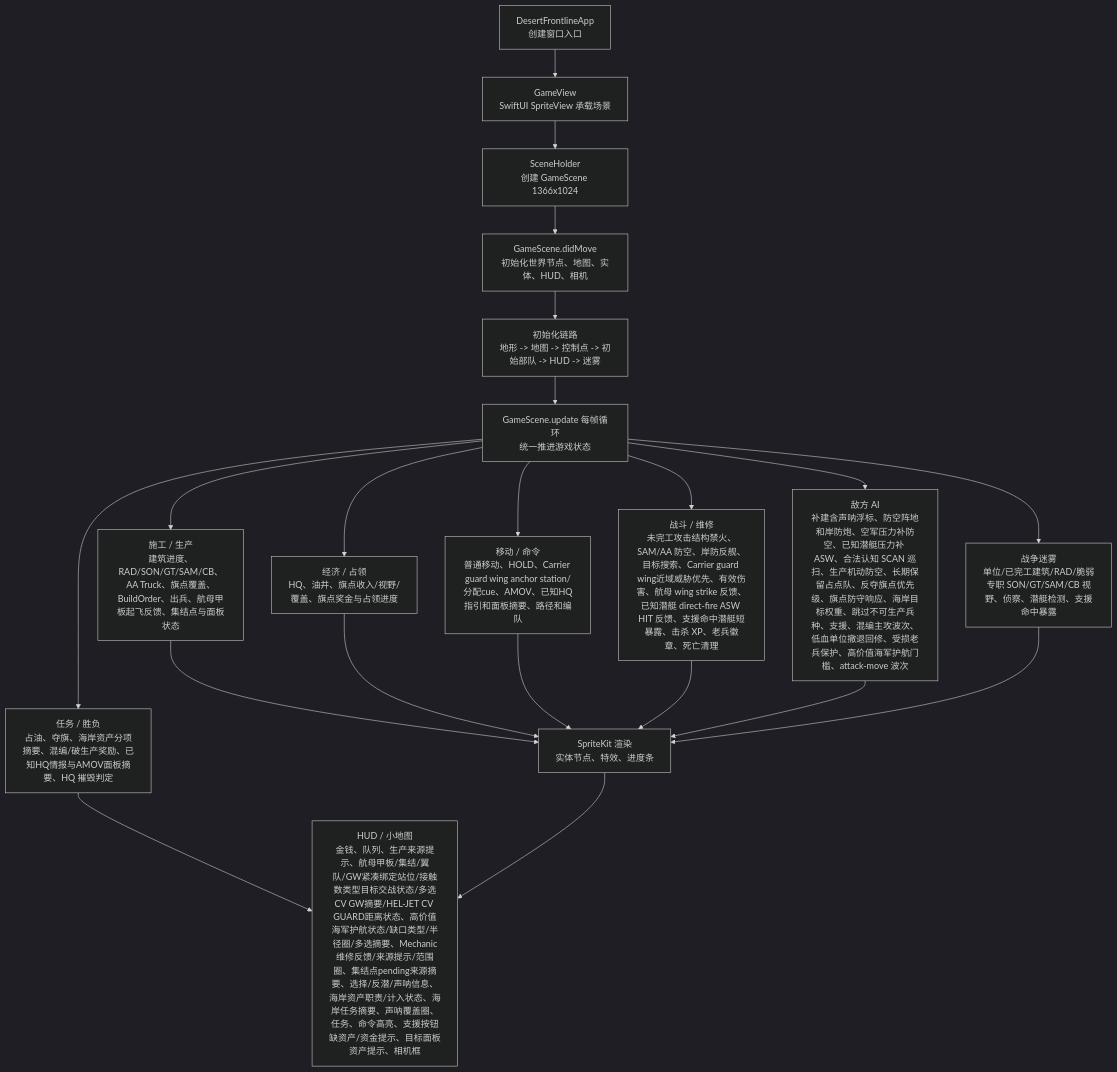
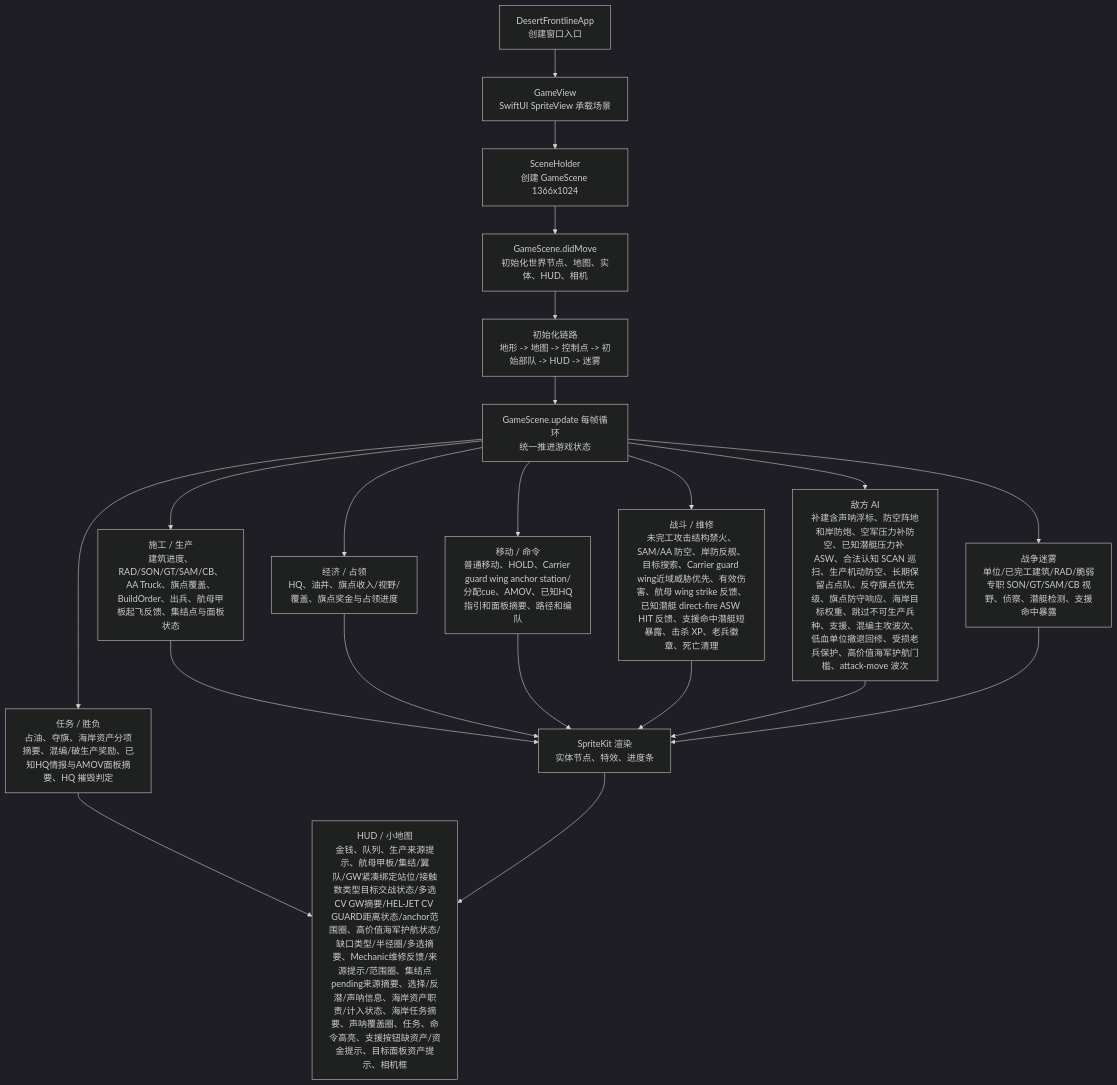
One commit to Altman-sam114/1145 changed the first of 3 diagrams in md/flow/flowchart.md. Above: the diagram before and after it, drawn with Mermaid (dark theme). The commit also changed 4 other files, not shown here.

````diff
--- a/md/flow/flowchart.md
+++ b/md/flow/flowchart.md
@@ -9,23 +9,23 @@
 ```mermaid
 flowchart TD
   App["DesertFrontlineApp\n创建窗口入口"] --> View["GameView\nSwiftUI SpriteView 承载场景"]
   View --> Holder["SceneHolder\n创建 GameScene 1366x1024"]
   Holder --> Scene["GameScene.didMove\n初始化世界节点、地图、实体、HUD、相机"]
   Scene --> Init["初始化链路\n地形 -> 地图 -> 控制点 -> 初始部队 -> HUD -> 迷雾"]
   Init --> Loop["GameScene.update 每帧循环\n统一推进游戏状态"]
   Loop --> Build["施工 / 生产\n建筑进度、RAD/SON/GT/SAM/CB、AA Truck、旗点覆盖、BuildOrder、出兵、航母甲板起飞反馈、集结点与面板状态"]
   Loop --> Economy["经济 / 占领\nHQ、油井、旗点收入/视野/覆盖、旗点奖金与占领进度"]
   Loop --> Commands["移动 / 命令\n普通移动、HOLD、Carrier guard wing anchor station/分配cue、AMOV、已知HQ指引和面板摘要、路径和编队"]
   Loop --> Combat["战斗 / 维修\n未完工攻击结构禁火、SAM/AA 防空、岸防反舰、目标搜索、Carrier guard wing近域威胁优先、有效伤害、航母 wing strike 反馈、已知潜艇 direct-fire ASW HIT 反馈、支援命中潜艇短暴露、击杀 XP、老兵徽章、死亡清理"]
   Loop --> AI["敌方 AI\n补建含声呐浮标、防空阵地和岸防炮、空军压力补防空、已知潜艇压力补 ASW、合法认知 SCAN 巡扫、生产机动防空、长期保留占点队、反夺旗点优先级、旗点防守响应、海岸目标权重、跳过不可生产兵种、支援、混编主攻波次、低血单位撤退回修、受损老兵保护、高价值海军护航门槛、attack-move 波次"]
   Loop --> Fog["战争迷雾\n单位/已完工建筑/RAD/脆弱专职 SON/GT/SAM/CB 视野、侦察、潜艇检测、支援命中暴露"]
   Loop --> Mission["任务 / 胜负\n占油、夺旗、海岸资产分项摘要、混编/破生产奖励、已知HQ情报与AMOV面板摘要、HQ 摧毁判定"]
   Build --> Render["SpriteKit 渲染\n实体节点、特效、进度条"]
   Economy --> Render
   Commands --> Render
   Combat --> Render
   AI --> Render
   Fog --> Render
-  Mission --> HUD["HUD / 小地图\n金钱、队列、生产来源提示、航母甲板/集结/翼队/GW紧凑绑定站位/接触数类型目标交战状态/多选CV GW摘要/HEL-JET CV GUARD距离状态、高价值海军护航状态/缺口类型/半径圈/多选摘要、Mechanic维修反馈/来源提示/范围圈、集结点pending来源摘要、选择/反潜/声呐信息、海岸资产职责/计入状态、海岸任务摘要、声呐覆盖圈、任务、命令高亮、支援按钮缺资产/资金提示、目标面板资产提示、相机框"]
+  Mission --> HUD["HUD / 小地图\n金钱、队列、生产来源提示、航母甲板/集结/翼队/GW紧凑绑定站位/接触数类型目标交战状态/多选CV GW摘要/HEL-JET CV GUARD距离状态/anchor范围圈、高价值海军护航状态/缺口类型/半径圈/多选摘要、Mechanic维修反馈/来源提示/范围圈、集结点pending来源摘要、选择/反潜/声呐信息、海岸资产职责/计入状态、海岸任务摘要、声呐覆盖圈、任务、命令高亮、支援按钮缺资产/资金提示、目标面板资产提示、相机框"]
   Render --> HUD
 ```
````
